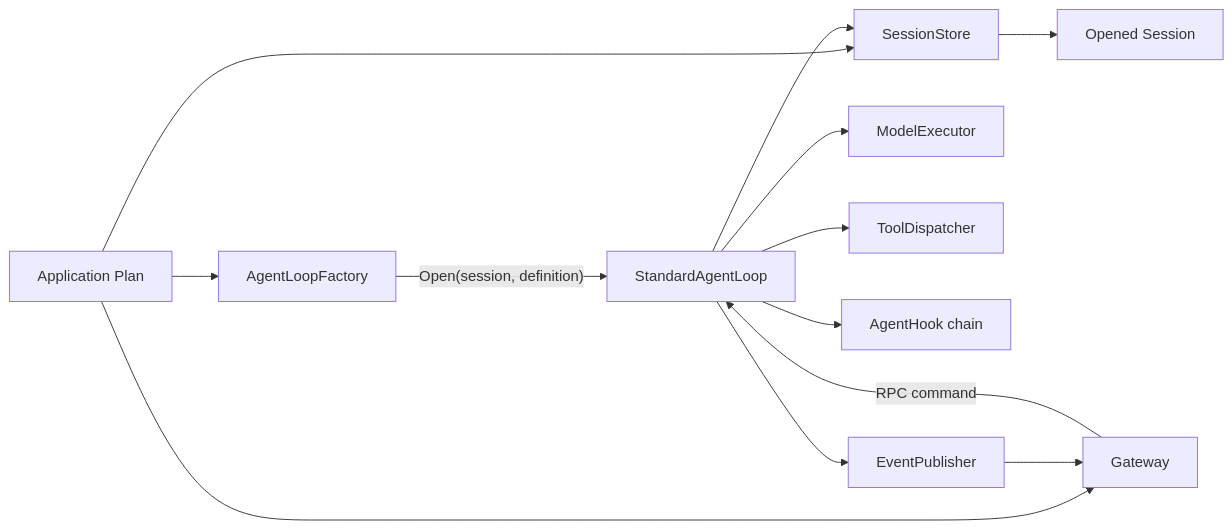
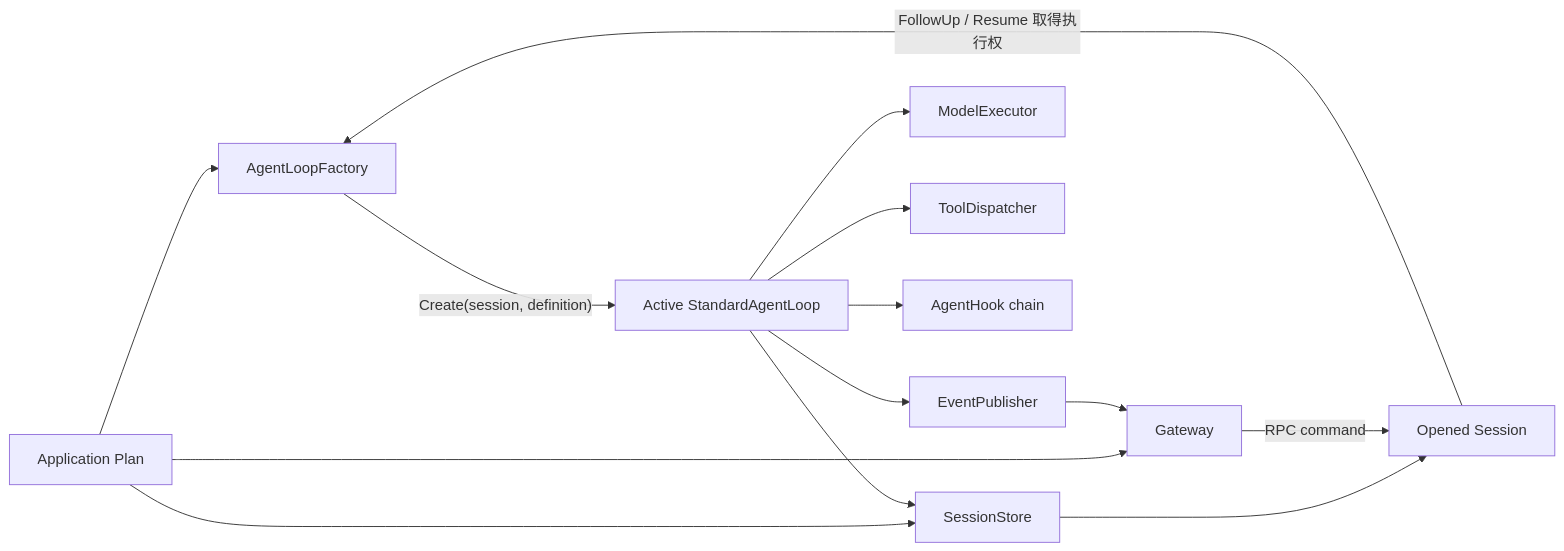
Before and after one commit to LyleLiu666/agentSlot: the first of 3 diagrams in docs/standard-agent-loop-implementation-plan.zh-CN.md, drawn with Mermaid. The commit also changed other lines of this file and 6 other files, not shown here.

````diff
--- a/docs/standard-agent-loop-implementation-plan.zh-CN.md
+++ b/docs/standard-agent-loop-implementation-plan.zh-CN.md
@@ -45,15 +45,16 @@
 ```mermaid
 flowchart LR
     P["Application Plan"] --> F["AgentLoopFactory"]
     P --> G["Gateway"]
     P --> SS["SessionStore"]
     SS --> S["Opened Session"]
-    F -->|"Open(session, definition)"| L["StandardAgentLoop"]
-    G -->|"RPC command"| L
+    G -->|"RPC command"| S
+    S -->|"FollowUp / Resume 取得执行权"| F
+    F -->|"Create(session, definition)"| L["Active StandardAgentLoop"]
     L --> ME["ModelExecutor"]
     L --> TD["ToolDispatcher"]
     L --> H["AgentHook chain"]
     L --> SS
     L --> ES["EventPublisher"]
     ES --> G
 ```
````
